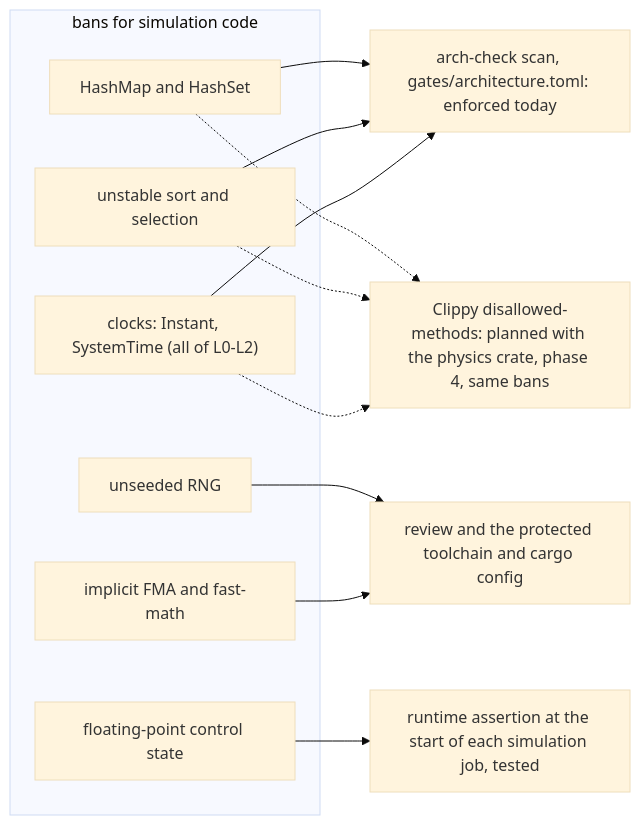
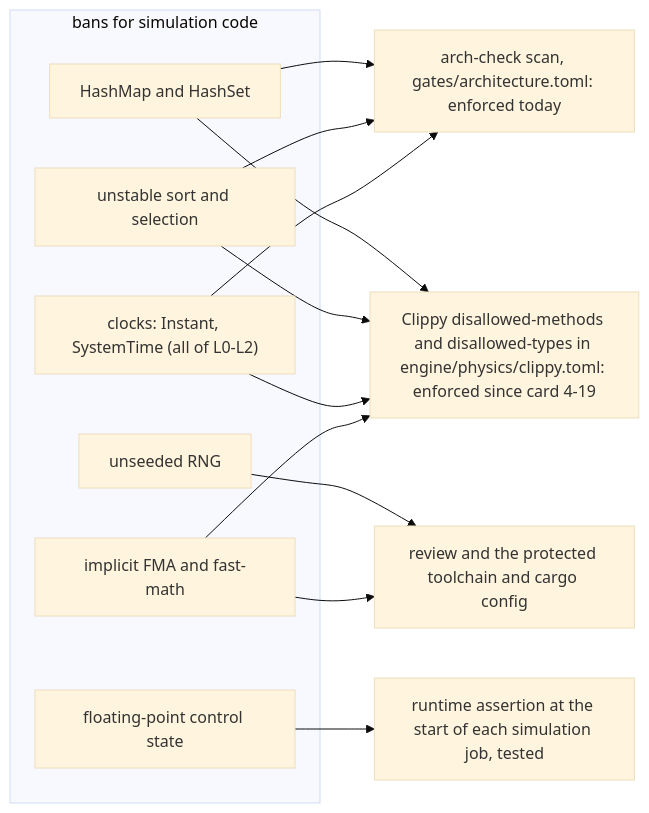
One commit to giamat90/DuckEngine changed the first of 3 diagrams in wiki/architecture/ports-and-adapters.md. Above: the diagram before and after it, drawn with Mermaid (base theme). The commit also changed other lines of this file and 7 other files, not shown here.

Commit message:
feat(gates): add Clippy disallowed-methods bans for the physics crate (4-19) (#138)

````diff
--- a/wiki/architecture/ports-and-adapters.md
+++ b/wiki/architecture/ports-and-adapters.md
@@ -47,24 +47,25 @@
 ```mermaid
 flowchart LR
   subgraph Bans["bans for simulation code"]
     B1["HashMap and HashSet"]
     B2["unstable sort and selection"]
     B3["clocks: Instant, SystemTime (all of L0-L2)"]
     B4["unseeded RNG"]
     B5["implicit FMA and fast-math"]
     B6["floating-point control state"]
   end
   Arch["arch-check scan, gates/architecture.toml: enforced today"]
   Rev["review and the protected toolchain and cargo config"]
   Test["runtime assertion at the start of each simulation job, tested"]
-  Clippy["Clippy disallowed-methods: planned with the physics crate, phase 4, same bans"]
+  Clippy["Clippy disallowed-methods and disallowed-types in engine/physics/clippy.toml: enforced since card 4-19"]
   B1 --> Arch
   B2 --> Arch
   B3 --> Arch
   B4 --> Rev
   B5 --> Rev
   B6 --> Test
-  B1 -.-> Clippy
-  B2 -.-> Clippy
-  B3 -.-> Clippy
+  B1 --> Clippy
+  B2 --> Clippy
+  B3 --> Clippy
+  B5 --> Clippy
 ```
````
